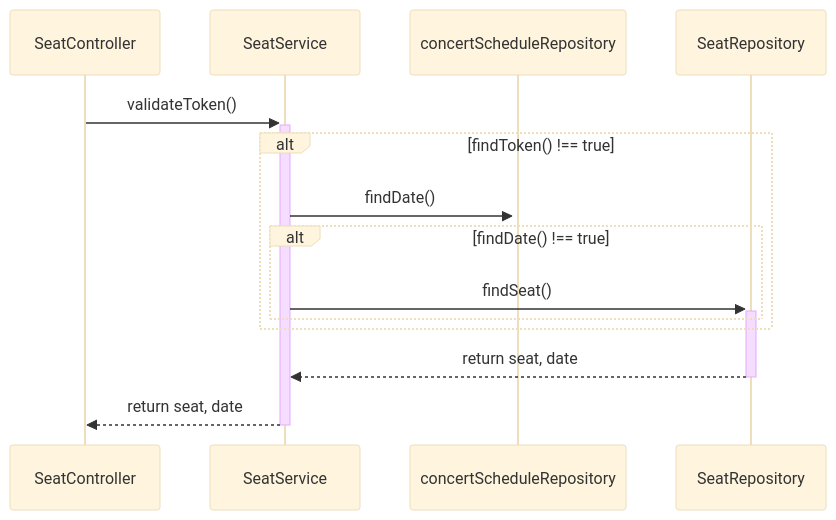
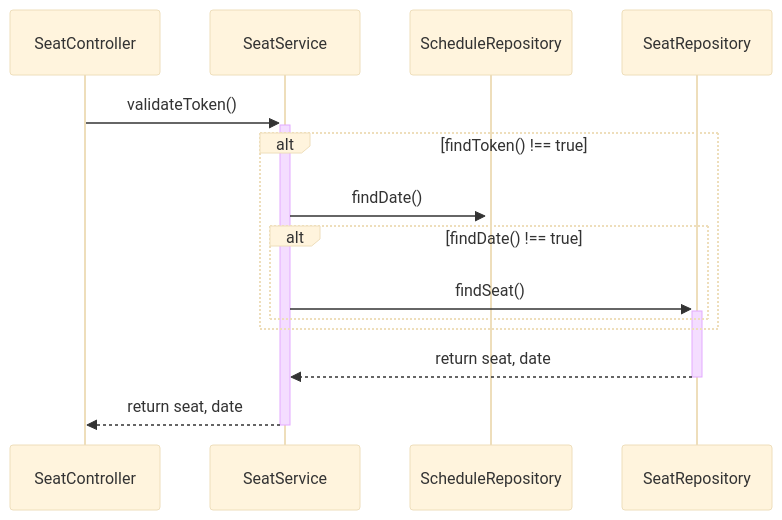
Before and after one commit to dohee789/concert-reservation: the diagram in docs/SeatService.mermaid, drawn with Mermaid (base theme). The commit also changed 1 other file, not shown here.

Commit message:
:memo: ERD 수정

```diff
--- a/docs/SeatService.mermaid
+++ b/docs/SeatService.mermaid
@@ -1,15 +1,15 @@
 sequenceDiagram
     participant Controller as SeatController
     participant Service as SeatService
-    participant concertScheduleRepository as concertScheduleRepository
+    participant ScheduleRepository as ScheduleRepository
     participant SeatRepository as SeatRepository
 
     Controller->>+Service: validateToken()
     alt findToken() !== true
-        Service->>+concertScheduleRepository: findDate()
+        Service->>+ScheduleRepository: findDate()
         alt findDate() !== true
             Service->>+SeatRepository: findSeat()
         end
     end
     SeatRepository-->>-Service: return seat, date
     Service-->>-Controller: return seat, date
```
